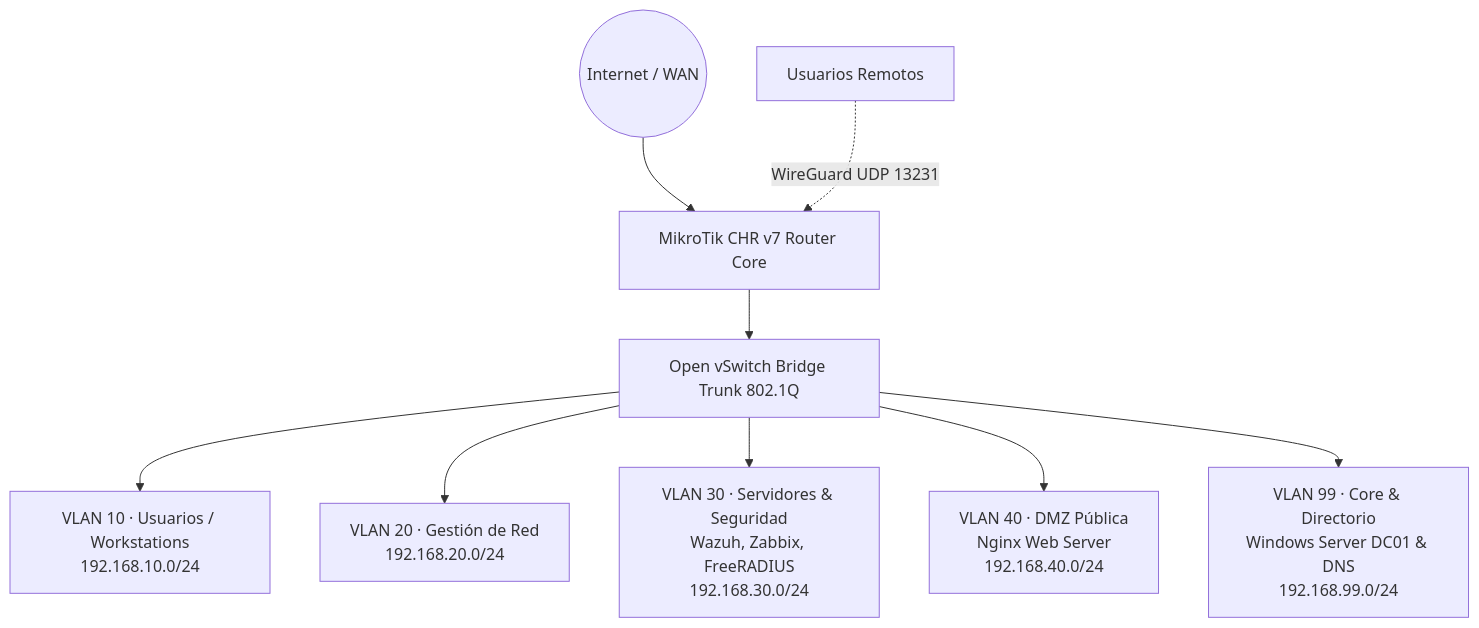
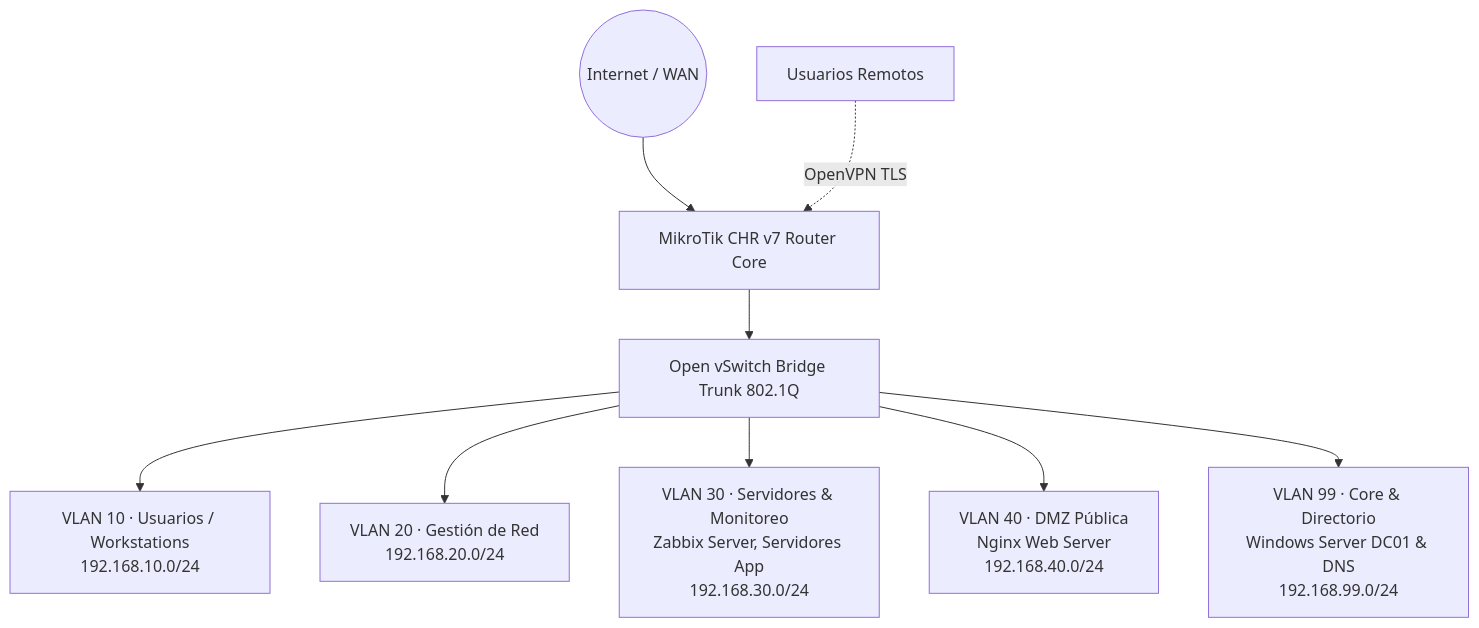
The diagram in docs/proyectos/red-empresarial-virtualizada.md (Jusnock/jusnock.github.io), drawn with Mermaid before and after one commit. The commit also changed other lines of this file and 22 other files, not shown here.

````diff
--- a/docs/proyectos/red-empresarial-virtualizada.md
+++ b/docs/proyectos/red-empresarial-virtualizada.md
@@ -33,13 +35,13 @@
 ```mermaid
 graph TD
     WAN((Internet / WAN)) --> Router[MikroTik CHR v7 Router Core]
     Router --> OVS[Open vSwitch Bridge Trunk 802.1Q]
     
     OVS --> VLAN10[VLAN 10 · Usuarios / Workstations<br/>192.168.10.0/24]
     OVS --> VLAN20[VLAN 20 · Gestión de Red<br/>192.168.20.0/24]
-    OVS --> VLAN30[VLAN 30 · Servidores & Seguridad<br/>Wazuh, Zabbix, FreeRADIUS<br/>192.168.30.0/24]
+    OVS --> VLAN30[VLAN 30 · Servidores & Monitoreo<br/>Zabbix Server, Servidores App<br/>192.168.30.0/24]
     OVS --> VLAN40[VLAN 40 · DMZ Pública<br/>Nginx Web Server<br/>192.168.40.0/24]
     OVS --> VLAN99[VLAN 99 · Core & Directorio<br/>Windows Server DC01 & DNS<br/>192.168.99.0/24]
 
-    VPN[Usuarios Remotos] -.->|WireGuard UDP 13231| Router
+    VPN[Usuarios Remotos] -.->|OpenVPN TLS| Router
 ```
````
